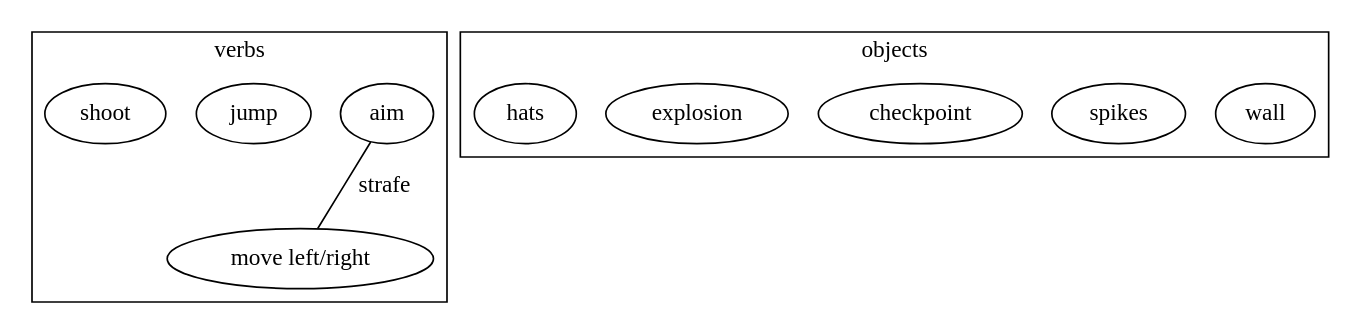
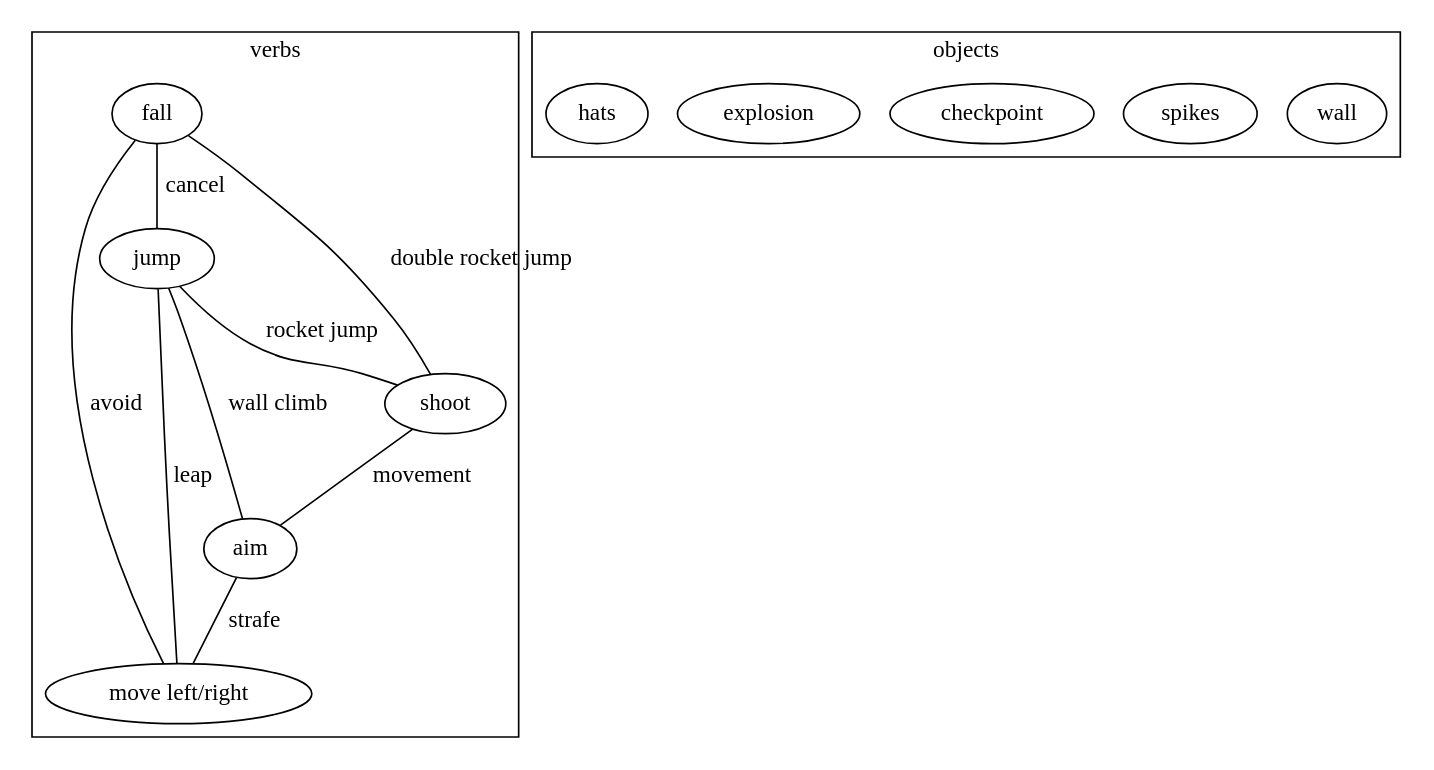
The diagram in rocket_jump_platformer.dot (nucleartide/sketches-2018), drawn with Graphviz before and after one commit. The commit also changed 1 other file, not shown here.

Commit message:
update diagram

```diff
--- a/rocket_jump_platformer.dot
+++ b/rocket_jump_platformer.dot
@@ -1,17 +1,23 @@
 graph rules {
   subgraph cluster_0 {
     label="verbs";
-    aim -- "move left/right"[label="strafe"];
-    jump;
-    shoot;
+    // dist doesn't matter
+    "aim" -- "move left/right"[label="strafe"];
+    jump -- shoot[label="rocket jump"];
+    shoot -- aim[label="movement"];
+    fall -- jump[label="cancel"]
+    jump -- aim[label="wall climb"]
+    jump -- "move left/right"[label="leap"]
+    fall -- "move left/right"[label="avoid"]
+    fall -- shoot[label="double rocket jump"]
   }
 
   subgraph cluster_1 {
     label="objects";
     wall;
     spikes;
     checkpoint;
     explosion;
     hats;
   }
 }
```
